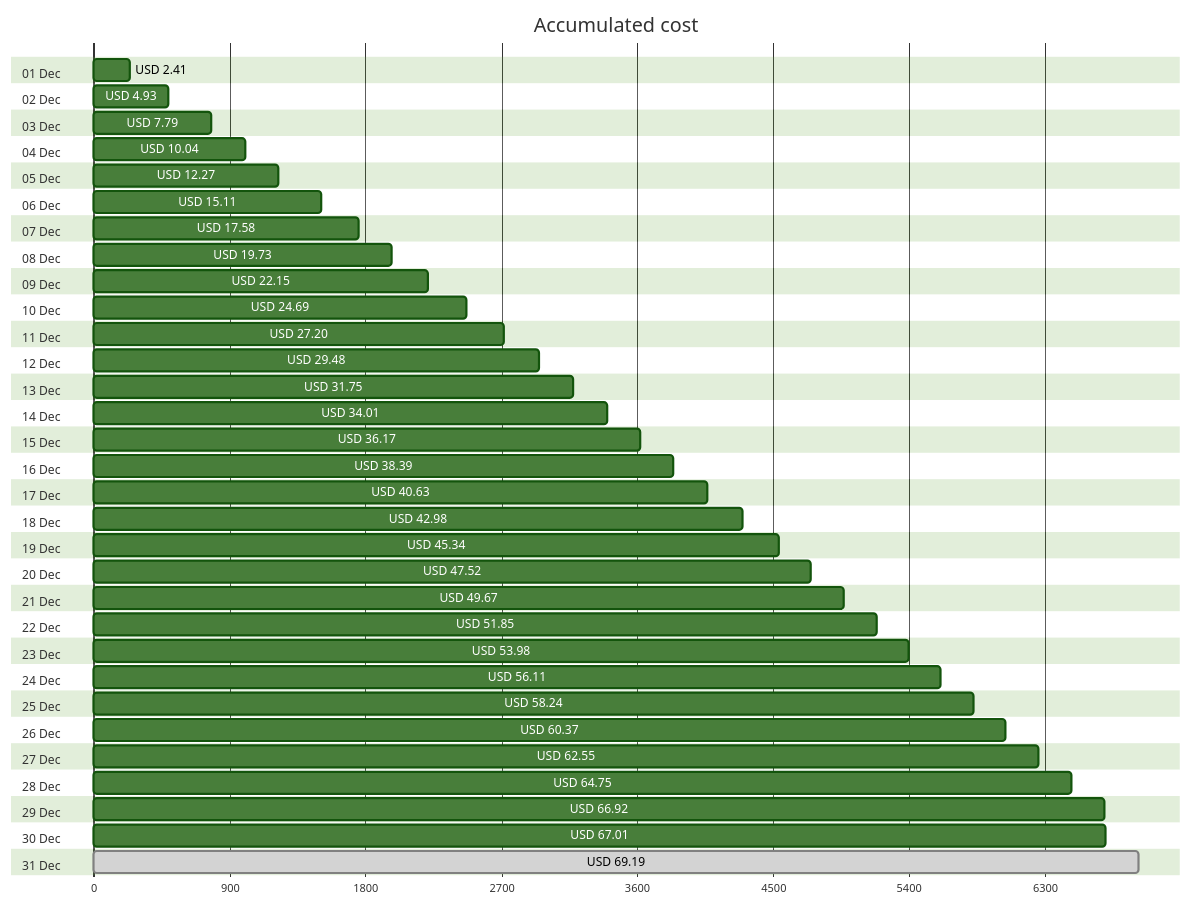
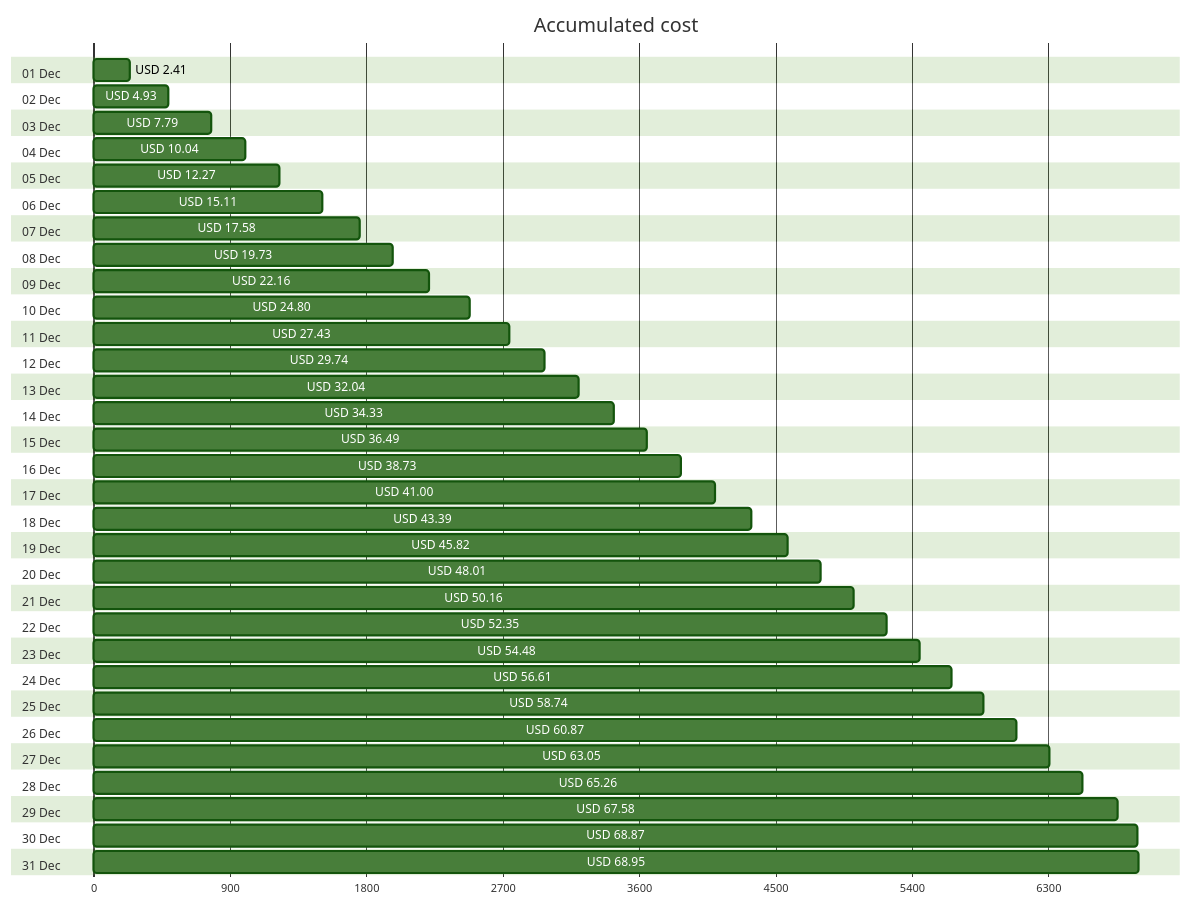
Before and after one commit to jpfulton/azure-personal-reports: the first of 4 diagrams in cost-reports/accumulated-cost.md, drawn with Mermaid (forest theme). The commit also changed other lines of this file and 4 other files, not shown here.

````diff
--- a/cost-reports/accumulated-cost.md
+++ b/cost-reports/accumulated-cost.md
@@ -20,68 +20,68 @@
 ```mermaid
 gantt
    title Accumulated cost
    dateFormat  X
    axisFormat %s
    section 01 Dec
    USD 2.41 :0, 241
    section 02 Dec
    USD 4.93 :0, 493
    section 03 Dec
    USD 7.79 :0, 779
    section 04 Dec
    USD 10.04 :0, 1004
    section 05 Dec
    USD 12.27 :0, 1227
    section 06 Dec
    USD 15.11 :0, 1511
    section 07 Dec
    USD 17.58 :0, 1758
    section 08 Dec
    USD 19.73 :0, 1973
    section 09 Dec
-   USD 22.15 :0, 2215
+   USD 22.16 :0, 2216
    section 10 Dec
-   USD 24.69 :0, 2469
+   USD 24.80 :0, 2480
    section 11 Dec
-   USD 27.20 :0, 2720
+   USD 27.43 :0, 2743
    section 12 Dec
-   USD 29.48 :0, 2948
+   USD 29.74 :0, 2974
    section 13 Dec
-   USD 31.75 :0, 3175
+   USD 32.04 :0, 3204
    section 14 Dec
-   USD 34.01 :0, 3401
+   USD 34.33 :0, 3433
    section 15 Dec
-   USD 36.17 :0, 3617
+   USD 36.49 :0, 3649
    section 16 Dec
-   USD 38.39 :0, 3839
+   USD 38.73 :0, 3873
    section 17 Dec
-   USD 40.63 :0, 4063
+   USD 41.00 :0, 4100
    section 18 Dec
-   USD 42.98 :0, 4298
+   USD 43.39 :0, 4339
    section 19 Dec
-   USD 45.34 :0, 4534
+   USD 45.82 :0, 4582
    section 20 Dec
-   USD 47.52 :0, 4752
+   USD 48.01 :0, 4801
    section 21 Dec
-   USD 49.67 :0, 4967
+   USD 50.16 :0, 5016
    section 22 Dec
-   USD 51.85 :0, 5185
+   USD 52.35 :0, 5235
    section 23 Dec
-   USD 53.98 :0, 5398
+   USD 54.48 :0, 5448
    section 24 Dec
-   USD 56.11 :0, 5611
+   USD 56.61 :0, 5661
    section 25 Dec
-   USD 58.24 :0, 5824
+   USD 58.74 :0, 5874
    section 26 Dec
-   USD 60.37 :0, 6037
+   USD 60.87 :0, 6087
    section 27 Dec
-   USD 62.55 :0, 6255
+   USD 63.05 :0, 6305
    section 28 Dec
-   USD 64.75 :0, 6475
+   USD 65.26 :0, 6526
    section 29 Dec
-   USD 66.92 :0, 6692
+   USD 67.58 :0, 6758
    section 30 Dec
-   USD 67.01 :0, 6701
+   USD 68.87 :0, 6887
    section 31 Dec
-   USD 69.19 : done, 0, 6919
+   USD 68.95 :0, 6895
 ```
````
